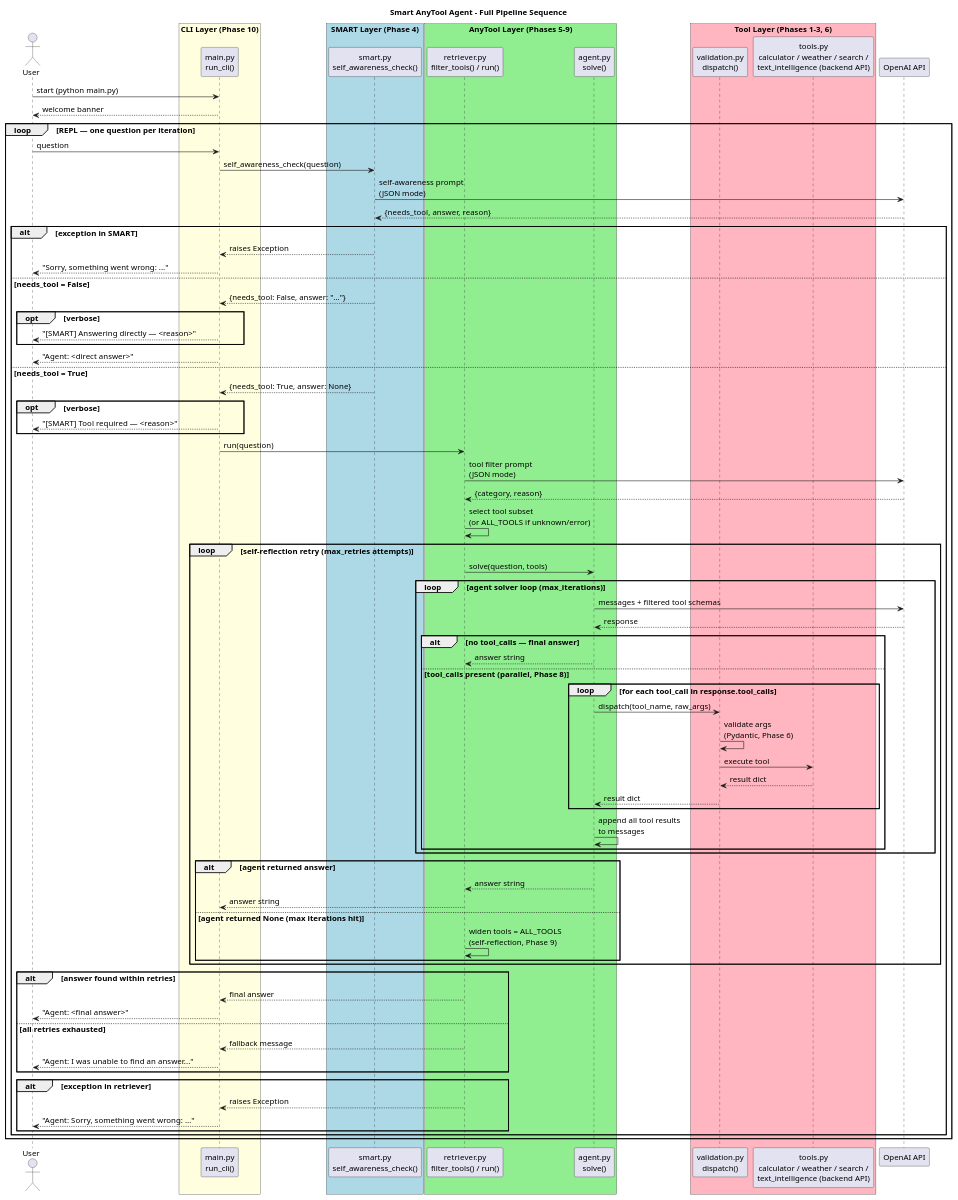
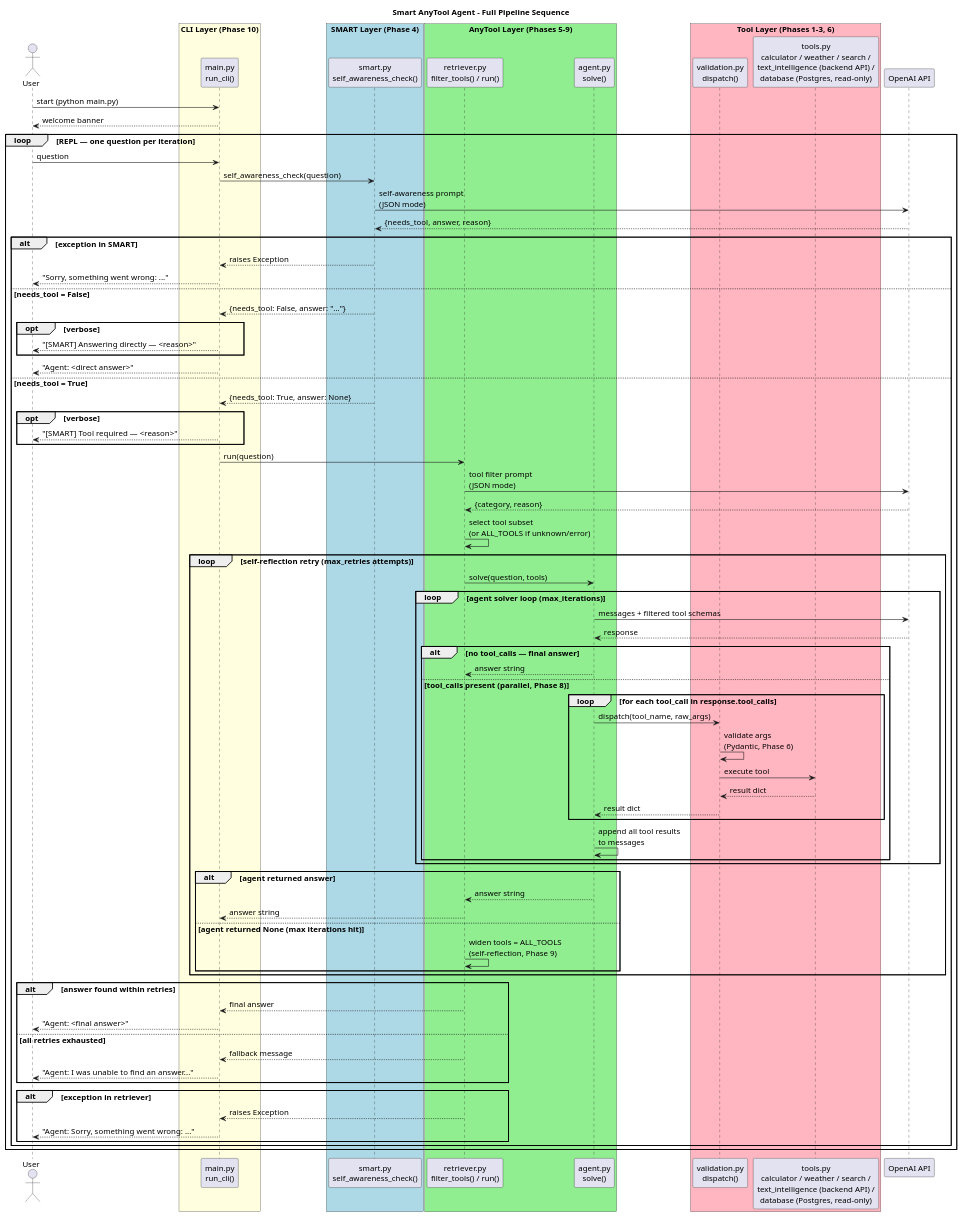
The diagram in docs/additional-notes/full-pipeline.puml (Buffden/smart-anytool-agent), drawn with PlantUML before and after one commit. The commit also changed 16 other files, not shown here.

```diff
--- a/docs/additional-notes/full-pipeline.puml
+++ b/docs/additional-notes/full-pipeline.puml
@@ -1,111 +1,111 @@
 @startuml full-pipeline
 title Smart AnyTool Agent - Full Pipeline Sequence
 skinparam defaultFontSize 14
 
 actor User
 
 box "CLI Layer (Phase 10)" #LightYellow
   participant "main.py\nrun_cli()" as CLI
 end box
 
 box "SMART Layer (Phase 4)" #LightBlue
   participant "smart.py\nself_awareness_check()" as SMART
 end box
 
 box "AnyTool Layer (Phases 5-9)" #LightGreen
   participant "retriever.py\nfilter_tools() / run()" as Retriever
   participant "agent.py\nsolve()" as Agent
 end box
 
 box "Tool Layer (Phases 1-3, 6)" #LightPink
   participant "validation.py\ndispatch()" as Validation
-  participant "tools.py\ncalculator / weather / search /\ntext_intelligence (backend API)" as Tools
+  participant "tools.py\ncalculator / weather / search /\ntext_intelligence (backend API) /\ndatabase (Postgres, read-only)" as Tools
 end box
 
 participant "OpenAI API" as OpenAI
 
 User -> CLI : start (python main.py)
 CLI --> User : welcome banner
 
 loop REPL — one question per iteration
 
   User -> CLI : question
 
   CLI -> SMART : self_awareness_check(question)
   SMART -> OpenAI : self-awareness prompt\n(JSON mode)
   OpenAI --> SMART : {needs_tool, answer, reason}
 
   alt exception in SMART
     SMART --> CLI : raises Exception
     CLI --> User : "Sorry, something went wrong: ..."
 
   else needs_tool = False
     SMART --> CLI : {needs_tool: False, answer: "..."}
     opt verbose
       CLI --> User : "[SMART] Answering directly — <reason>"
     end
     CLI --> User : "Agent: <direct answer>"
 
   else needs_tool = True
     SMART --> CLI : {needs_tool: True, answer: None}
     opt verbose
       CLI --> User : "[SMART] Tool required — <reason>"
     end
 
     CLI -> Retriever : run(question)
 
     Retriever -> OpenAI : tool filter prompt\n(JSON mode)
     OpenAI --> Retriever : {category, reason}
     Retriever -> Retriever : select tool subset\n(or ALL_TOOLS if unknown/error)
 
     loop self-reflection retry (max_retries attempts)
 
       Retriever -> Agent : solve(question, tools)
 
       loop agent solver loop (max_iterations)
 
         Agent -> OpenAI : messages + filtered tool schemas
         OpenAI --> Agent : response
 
         alt no tool_calls — final answer
           Agent --> Retriever : answer string
         else tool_calls present (parallel, Phase 8)
           loop for each tool_call in response.tool_calls
             Agent -> Validation : dispatch(tool_name, raw_args)
             Validation -> Validation : validate args\n(Pydantic, Phase 6)
             Validation -> Tools : execute tool
             Tools --> Validation : result dict
             Validation --> Agent : result dict
           end
           Agent -> Agent : append all tool results\nto messages
         end
 
       end
 
       alt agent returned answer
         Agent --> Retriever : answer string
         Retriever --> CLI : answer string
       else agent returned None (max iterations hit)
         Retriever -> Retriever : widen tools = ALL_TOOLS\n(self-reflection, Phase 9)
       end
 
     end
 
     alt answer found within retries
       Retriever --> CLI : final answer
       CLI --> User : "Agent: <final answer>"
     else all retries exhausted
       Retriever --> CLI : fallback message
       CLI --> User : "Agent: I was unable to find an answer..."
     end
 
     alt exception in retriever
       Retriever --> CLI : raises Exception
       CLI --> User : "Agent: Sorry, something went wrong: ..."
     end
 
   end
 
 end
 
 @enduml
```
